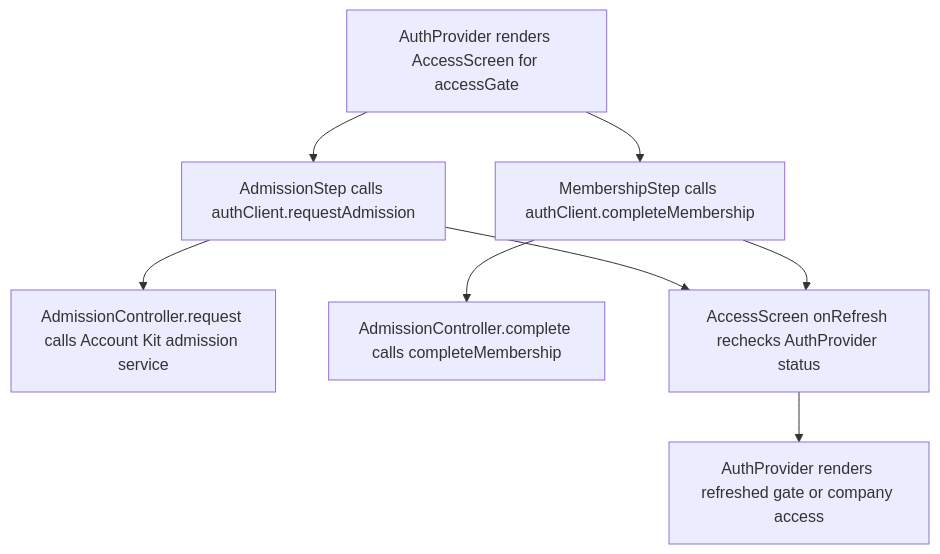
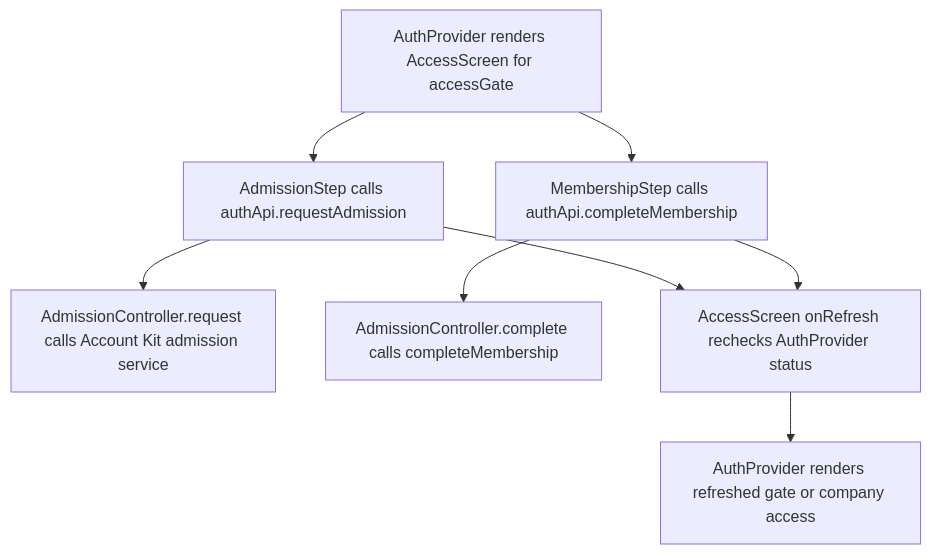
One commit to Kevinjohn/capacitylens changed the second of 2 diagrams in user-stories/account/US-ACCOUNT-09-limited-access.md. Above: the diagram before and after it, drawn with Mermaid. The commit also changed other lines of this file and 79 other files, not shown here.

First line of the commit message:
Client to Api: rename the typed HTTP modules

````diff
--- a/user-stories/account/US-ACCOUNT-09-limited-access.md
+++ b/user-stories/account/US-ACCOUNT-09-limited-access.md
@@ -32,10 +32,10 @@
 ```mermaid
 flowchart TD
-  gate["AuthProvider renders AccessScreen for accessGate"] --> request["AdmissionStep calls authClient.requestAdmission"]
+  gate["AuthProvider renders AccessScreen for accessGate"] --> request["AdmissionStep calls authApi.requestAdmission"]
   request --> kit["AdmissionController.request calls Account Kit admission service"]
-  gate --> join["MembershipStep calls authClient.completeMembership"]
+  gate --> join["MembershipStep calls authApi.completeMembership"]
   join --> service["AdmissionController.complete calls completeMembership"]
   request --> refresh["AccessScreen onRefresh rechecks AuthProvider status"]
   join --> refresh
   refresh --> outcome["AuthProvider renders refreshed gate or company access"]
 ```
````
